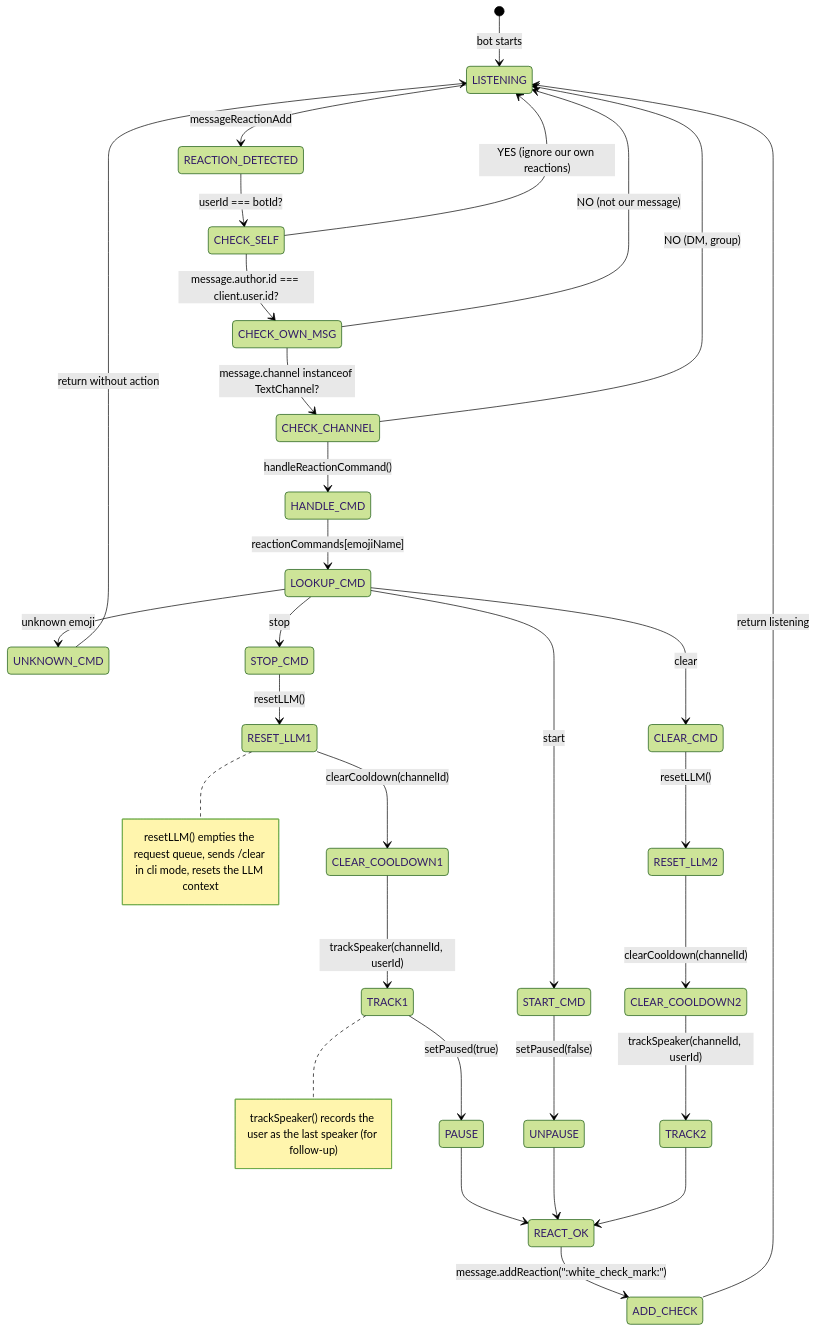
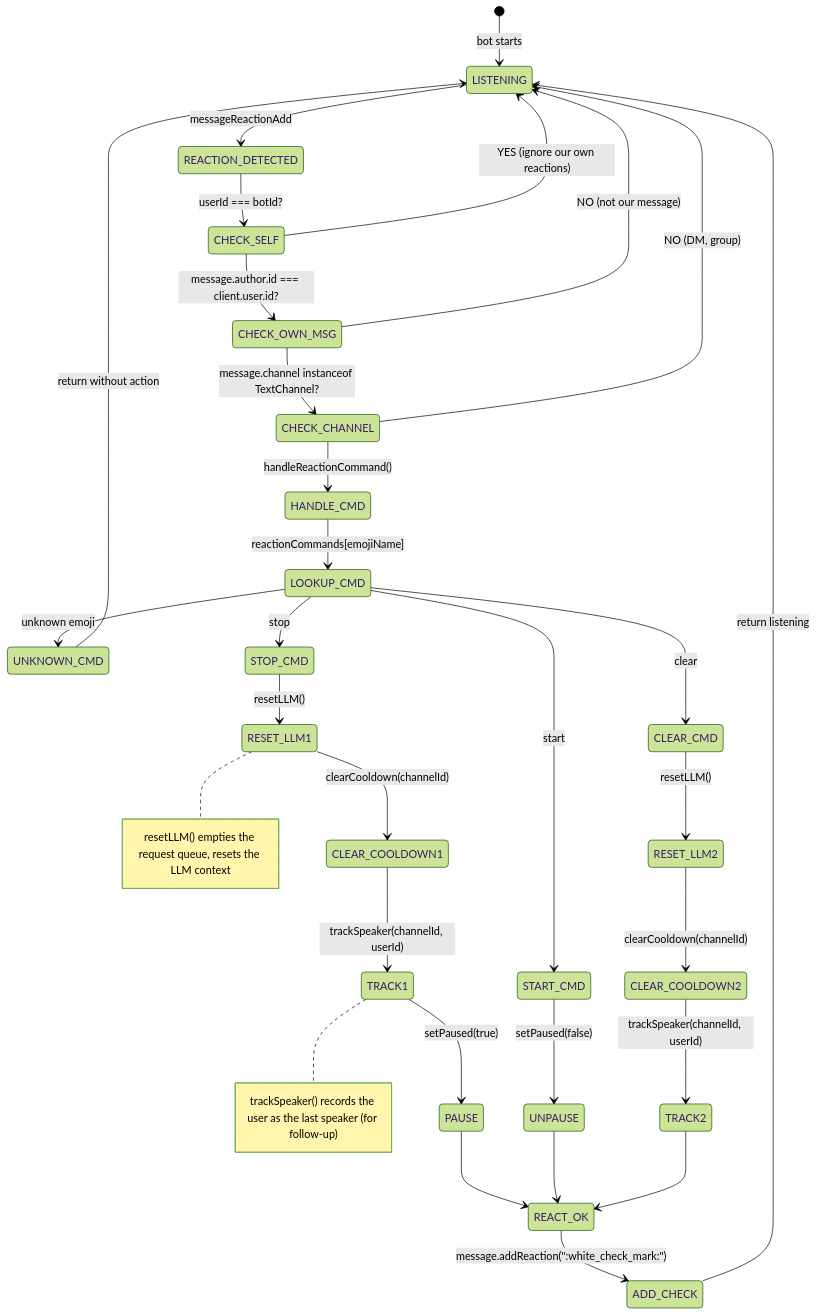
Before and after one commit to protocol-luna/krystal: the diagram in state-machines/20-reaction-commands.mmd, drawn with Mermaid (forest theme). The commit also changed 55 other files, not shown here.

Commit message:
Update diagrams and docs: remove dead CLI/server modes, add online mode, fix config example

```diff
--- a/state-machines/20-reaction-commands.mmd
+++ b/state-machines/20-reaction-commands.mmd
@@ -1,42 +1,42 @@
 stateDiagram-v2
     [*] --> LISTENING: bot starts
     
     LISTENING --> REACTION_DETECTED: messageReactionAdd
     REACTION_DETECTED --> CHECK_SELF: userId === botId?
     CHECK_SELF --> LISTENING: YES (ignore our own reactions)
     
     CHECK_SELF --> CHECK_OWN_MSG: message.author.id === client.user.id?
     CHECK_OWN_MSG --> LISTENING: NO (not our message)
     
     CHECK_OWN_MSG --> CHECK_CHANNEL: message.channel instanceof TextChannel?
     CHECK_CHANNEL --> LISTENING: NO (DM, group)
     
     CHECK_CHANNEL --> HANDLE_CMD: handleReactionCommand()
 
     HANDLE_CMD --> LOOKUP_CMD: reactionCommands[emojiName]
     LOOKUP_CMD --> UNKNOWN_CMD: unknown emoji
     UNKNOWN_CMD --> LISTENING: return without action
     
     LOOKUP_CMD --> STOP_CMD: stop
     LOOKUP_CMD --> START_CMD: start
     LOOKUP_CMD --> CLEAR_CMD: clear
 
     STOP_CMD --> RESET_LLM1: resetLLM()
     RESET_LLM1 --> CLEAR_COOLDOWN1: clearCooldown(channelId)
     CLEAR_COOLDOWN1 --> TRACK1: trackSpeaker(channelId, userId)
     TRACK1 --> PAUSE: setPaused(true)
     PAUSE --> REACT_OK
 
     START_CMD --> UNPAUSE: setPaused(false)
     UNPAUSE --> REACT_OK
 
     CLEAR_CMD --> RESET_LLM2: resetLLM()
     RESET_LLM2 --> CLEAR_COOLDOWN2: clearCooldown(channelId)
     CLEAR_COOLDOWN2 --> TRACK2: trackSpeaker(channelId, userId)
     TRACK2 --> REACT_OK
 
     REACT_OK --> ADD_CHECK: message.addReaction(":white_check_mark:")
     ADD_CHECK --> LISTENING: return listening
 
-    note right of RESET_LLM1: resetLLM() empties the request queue, sends /clear in cli mode, resets the LLM context
+    note right of RESET_LLM1: resetLLM() empties the request queue, resets the LLM context
     note right of TRACK1: trackSpeaker() records the user as the last speaker (for follow-up)
```
